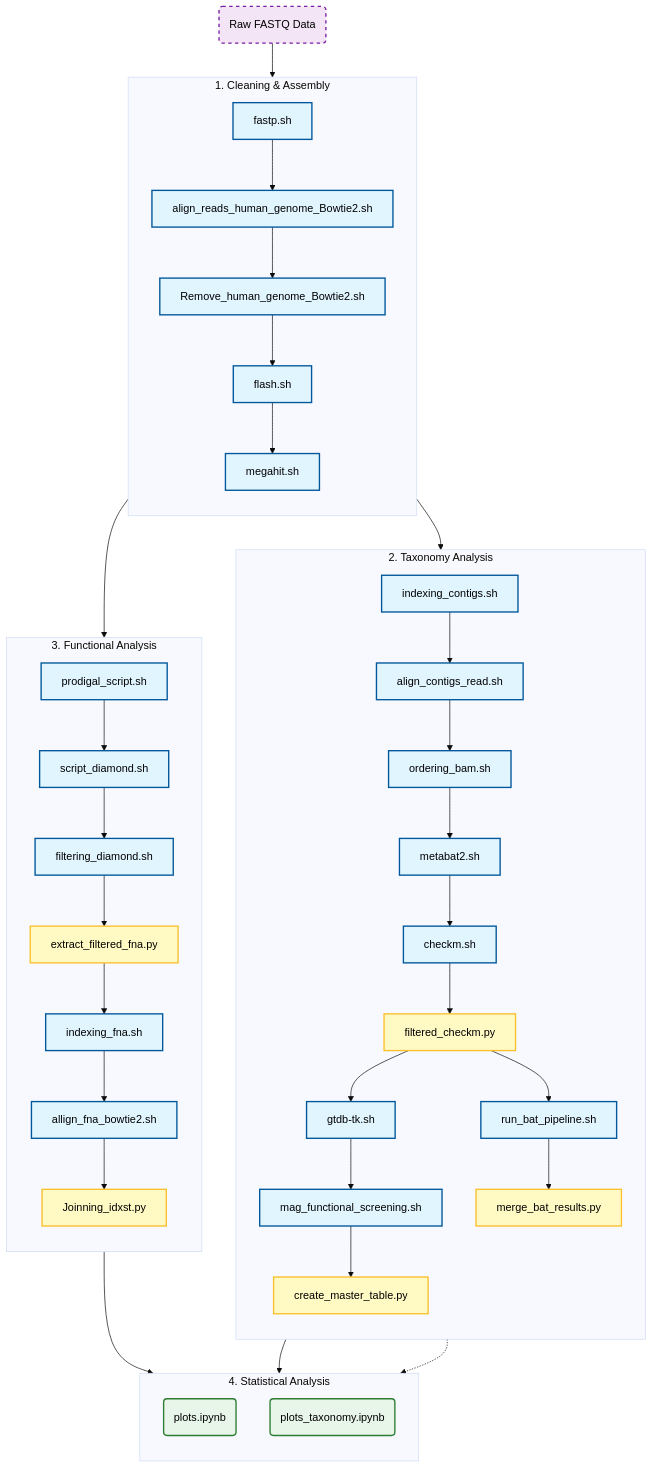
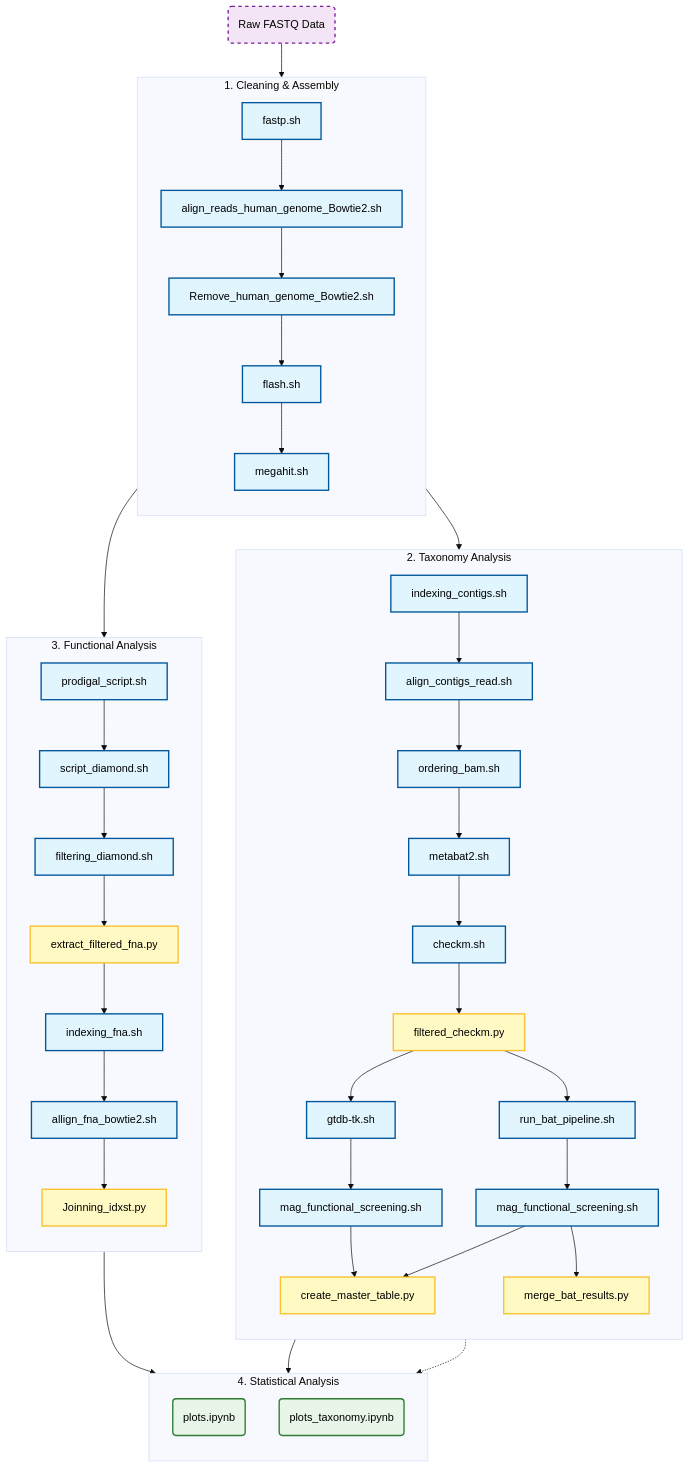
Before and after one commit to Marcosv21/Doc_project: the diagram in README.md, drawn with Mermaid (base theme). The commit also changed other lines of this file and 2 other files, not shown here.

Commit message:
Refactor BAT pipeline script to rename headers and streamline processing
- Updated script to rename headers of FASTA files by adding the basename.
- Removed the sample directory loop and replaced it with a direct processing of renamed bins.
- Simplified output handling and ensured proper cleanup of temporary files.
- Enhanced error handling for classification output.

````diff
--- a/README.md
+++ b/README.md
@@ -30,70 +29,72 @@
 ```mermaid
 graph TD
     %% Node Styles
     classDef shell fill:#e1f5fe,stroke:#01579b,stroke-width:2px,color:#000000;
     classDef python fill:#fff9c4,stroke:#fbc02d,stroke-width:2px,color:#000000;
     classDef ipynb fill:#e8f5e9,stroke:#2e7d32,stroke-width:2px,color:#000000;
     classDef start fill:#f3e5f5,stroke:#7b1fa2,stroke-width:2px,stroke-dasharray: 5 5,color:#000000;
 
     %% Start Node
     Input(Raw FASTQ Data):::start --> Clean1
 
     %% --- 1. CLEANING & ASSEMBLY ---
     subgraph Cleaning ["1. Cleaning & Assembly"]
         direction TB
         Clean1[fastp.sh]:::shell --> Clean2[align_reads_human_genome_Bowtie2.sh]:::shell
         Clean2 --> Clean3[Remove_human_genome_Bowtie2.sh]:::shell
         Clean3 --> Clean4[flash.sh]:::shell
         Clean4 --> Clean5[megahit.sh]:::shell
     end
 
     %% Fork: Assembly output goes to BOTH Functional and Taxonomy
     Clean5 --> Func1
     Clean5 --> Tax1
 
     %% --- 2. TAXONOMY ANALYSIS ---
     subgraph Taxonomy ["2. Taxonomy Analysis"]
         direction TB
         Tax1[indexing_contigs.sh]:::shell --> Tax2[align_contigs_read.sh]:::shell
         Tax2 --> Tax3[ordering_bam.sh]:::shell
         Tax3 --> Tax4[metabat2.sh]:::shell
         Tax4 --> Tax5[checkm.sh]:::shell
         Tax5 --> Tax6[filtered_checkm.py]:::python
         
         
         
         %% Caminho 1: GTDB (Padrão)
         Tax6 --> Tax7[gtdb-tk.sh]:::shell
         Tax7 --> Tax8[mag_functional_screening.sh]:::shell
         Tax8 --> Tax9[create_master_table.py]:::python
 
         %% Caminho 2: BAT/CAT (Validação)
         Tax6 --> TaxBAT1[run_bat_pipeline.sh]:::shell
-        TaxBAT1 --> TaxBAT2[merge_bat_results.py]:::python
+        TaxBAT1 --> TaxBAT2[mag_functional_screening.sh]:::shell
+        TaxBAT2 --> TaxBAT3[merge_bat_results.py]:::python
+        TaxBAT2 --> Tax9[create_master_table.py]:::python
     end
 
     %% --- 3. FUNCTIONAL ANALYSIS ---
     subgraph Functional ["3. Functional Analysis"]
         direction TB
         Func1[prodigal_script.sh]:::shell --> Func2[script_diamond.sh]:::shell
         Func2 --> Func3[filtering_diamond.sh]:::shell
         Func3 --> Func4[extract_filtered_fna.py]:::python
         Func4 --> Func5[indexing_fna.sh]:::shell
         Func5 --> Func6[allign_fna_bowtie2.sh]:::shell
         Func6 --> Func7[Joinning_idxst.py]:::python
     end
 
     %% --- 4. STATISTICAL ANALYSIS ---
     subgraph Stats ["4. Statistical Analysis"]
         direction TB
         %% Functional result -> plots.ipynb
         Func7 --> Stat1(plots.ipynb):::ipynb
         
         %% Taxonomy result -> plots_taxonomy.ipynb
         Tax9 --> Stat2(plots_taxonomy.ipynb):::ipynb
         
         %% BAT result -> plots_taxonomy.ipynb (Pontilhado para indicar suporte)
-        TaxBAT2 -.-> Stat2
+        TaxBAT3 -.-> Stat2
     end
 
 ```
````
